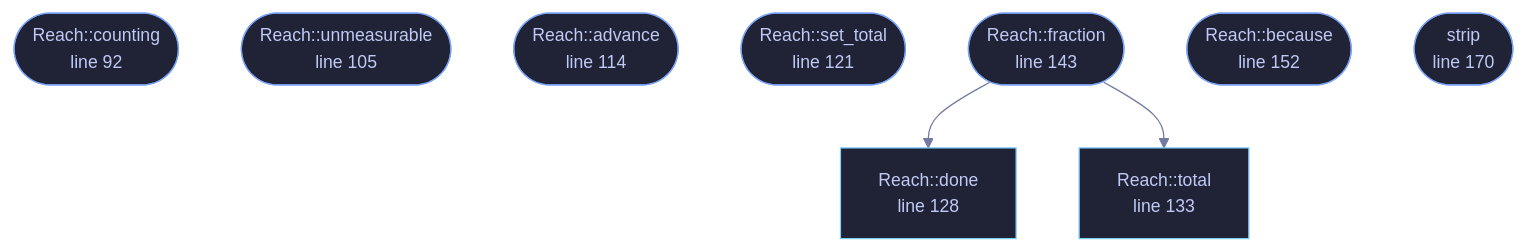
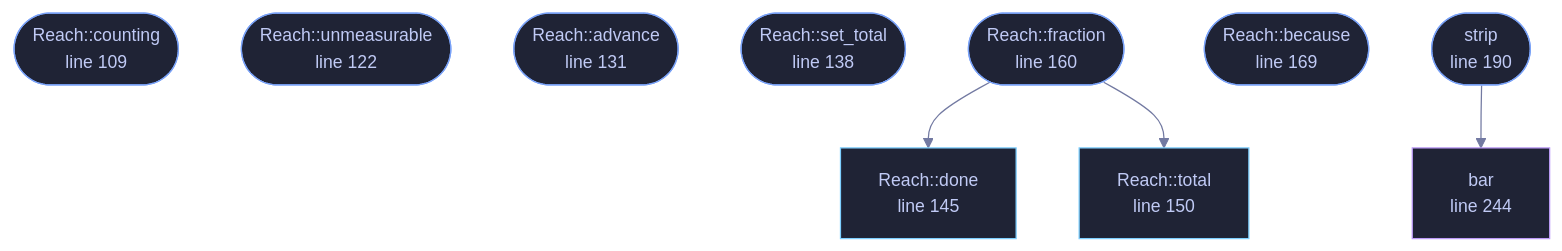
The diagram in docs/files/veilvoice-gui/progress.md (tilas01/veilvoice), drawn with Mermaid before and after one commit. The commit also changed other lines of this file and 92 other files, not shown here.

````diff
--- a/docs/files/veilvoice-gui/progress.md
+++ b/docs/files/veilvoice-gui/progress.md
@@ -123,28 +129,33 @@
 ```mermaid
 %%{init: {"theme":"base","themeVariables":{"background":"#1a1b26","primaryColor":"#1f2335","primaryTextColor":"#c0caf5","primaryBorderColor":"#7aa2f7","secondaryColor":"#16161e","tertiaryColor":"#16161e","lineColor":"#737aa2","textColor":"#c0caf5","mainBkg":"#1f2335","nodeBorder":"#7aa2f7","clusterBkg":"#16161e","clusterBorder":"#2f3549","fontFamily":"ui-monospace, SFMono-Regular, Consolas, monospace","fontSize":"14px"}}}%%
 flowchart TD
-    n_counting(["Reach::counting<br/>line 92"])
-    n_unmeasurable(["Reach::unmeasurable<br/>line 105"])
-    n_advance(["Reach::advance<br/>line 114"])
-    n_set_total(["Reach::set_total<br/>line 121"])
-    n_done["Reach::done<br/>line 128"]
-    n_total["Reach::total<br/>line 133"]
-    n_fraction(["Reach::fraction<br/>line 143"])
-    n_because(["Reach::because<br/>line 152"])
-    n_strip(["strip<br/>line 170"])
+    n_counting(["Reach::counting<br/>line 109"])
+    n_unmeasurable(["Reach::unmeasurable<br/>line 122"])
+    n_advance(["Reach::advance<br/>line 131"])
+    n_set_total(["Reach::set_total<br/>line 138"])
+    n_done["Reach::done<br/>line 145"]
+    n_total["Reach::total<br/>line 150"]
+    n_fraction(["Reach::fraction<br/>line 160"])
+    n_because(["Reach::because<br/>line 169"])
+    n_strip(["strip<br/>line 190"])
+    n_bar["bar<br/>line 244"]
     n_fraction --> n_done
     n_fraction --> n_total
-    click n_counting href "https://github.com/tilas01/veilvoice/blob/main/crates/veilvoice-gui/src/progress.rs#L92" "open the source"
-    click n_unmeasurable href "https://github.com/tilas01/veilvoice/blob/main/crates/veilvoice-gui/src/progress.rs#L105" "open the source"
-    click n_advance href "https://github.com/tilas01/veilvoice/blob/main/crates/veilvoice-gui/src/progress.rs#L114" "open the source"
-    click n_set_total href "https://github.com/tilas01/veilvoice/blob/main/crates/veilvoice-gui/src/progress.rs#L121" "open the source"
-    click n_done href "https://github.com/tilas01/veilvoice/blob/main/crates/veilvoice-gui/src/progress.rs#L128" "open the source"
-    click n_total href "https://github.com/tilas01/veilvoice/blob/main/crates/veilvoice-gui/src/progress.rs#L133" "open the source"
-    click n_fraction href "https://github.com/tilas01/veilvoice/blob/main/crates/veilvoice-gui/src/progress.rs#L143" "open the source"
-    click n_because href "https://github.com/tilas01/veilvoice/blob/main/crates/veilvoice-gui/src/progress.rs#L152" "open the source"
-    click n_strip href "https://github.com/tilas01/veilvoice/blob/main/crates/veilvoice-gui/src/progress.rs#L170" "open the source"
+    n_strip --> n_bar
+    click n_counting href "https://github.com/tilas01/veilvoice/blob/main/crates/veilvoice-gui/src/progress.rs#L109" "open the source"
+    click n_unmeasurable href "https://github.com/tilas01/veilvoice/blob/main/crates/veilvoice-gui/src/progress.rs#L122" "open the source"
+    click n_advance href "https://github.com/tilas01/veilvoice/blob/main/crates/veilvoice-gui/src/progress.rs#L131" "open the source"
+    click n_set_total href "https://github.com/tilas01/veilvoice/blob/main/crates/veilvoice-gui/src/progress.rs#L138" "open the source"
+    click n_done href "https://github.com/tilas01/veilvoice/blob/main/crates/veilvoice-gui/src/progress.rs#L145" "open the source"
+    click n_total href "https://github.com/tilas01/veilvoice/blob/main/crates/veilvoice-gui/src/progress.rs#L150" "open the source"
+    click n_fraction href "https://github.com/tilas01/veilvoice/blob/main/crates/veilvoice-gui/src/progress.rs#L160" "open the source"
+    click n_because href "https://github.com/tilas01/veilvoice/blob/main/crates/veilvoice-gui/src/progress.rs#L169" "open the source"
+    click n_strip href "https://github.com/tilas01/veilvoice/blob/main/crates/veilvoice-gui/src/progress.rs#L190" "open the source"
+    click n_bar href "https://github.com/tilas01/veilvoice/blob/main/crates/veilvoice-gui/src/progress.rs#L244" "open the source"
     classDef entry fill:#1f2335,stroke:#7aa2f7,color:#c0caf5
     class n_counting,n_unmeasurable,n_advance,n_set_total,n_fraction,n_because,n_strip entry
     classDef api fill:#1f2335,stroke:#7dcfff,color:#c0caf5
     class n_done,n_total api
+    classDef helper fill:#1f2335,stroke:#bb9af7,color:#c0caf5
+    class n_bar helper
 ```
````
